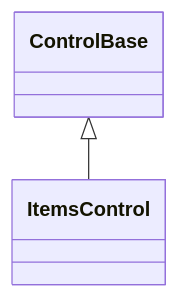
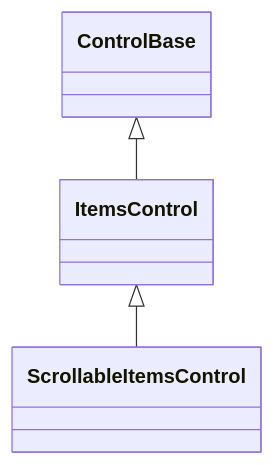
The diagram in docs/controls/items-control.md (pavkam/sharp-vision), drawn with Mermaid before and after one commit. The commit also changed other lines of this file and 35 other files, not shown here.

````diff
--- a/docs/controls/items-control.md
+++ b/docs/controls/items-control.md
@@ -51,4 +52,5 @@
 ```mermaid
 classDiagram
     ControlBase <|-- ItemsControl
+    ItemsControl <|-- ScrollableItemsControl
 ```
````
